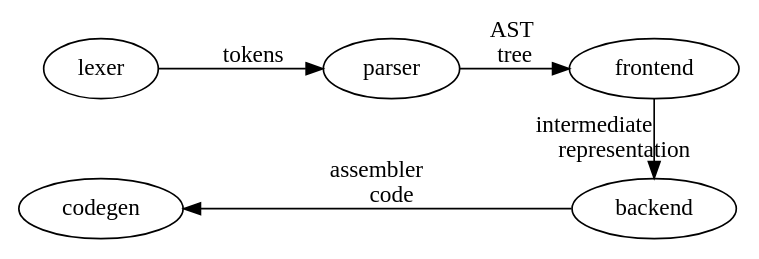
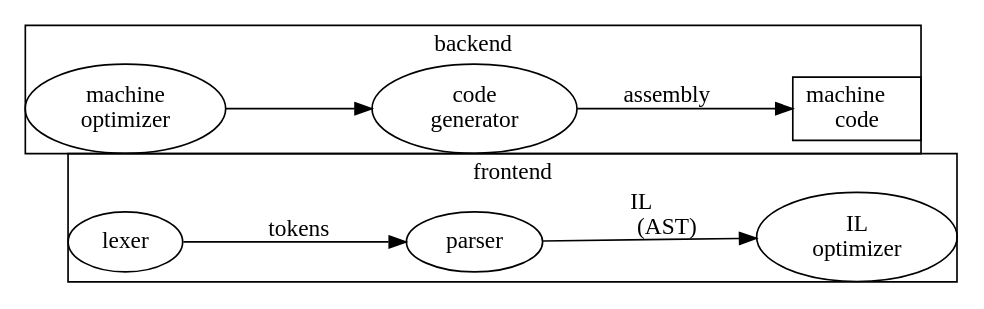
Before and after one commit to ponyatov/uc: the diagram in doc/compiler.dot, drawn with Graphviz. The commit also changed 3 other files, not shown here.

```diff
--- a/doc/compiler.dot
+++ b/doc/compiler.dot
@@ -1,9 +1,23 @@
-digraph {
+digraph compiler { 
+margin=0;
+pad=0;
+//nodesep=0;
 rankdir=LR;
-{rank=same lexer codegen}
-{rank=same frontend backend}
-lexer -> parser [label="tokens"];
-parser -> frontend [label="AST\ltree"];
-frontend -> backend [label="intermediate\lrepresentation"];
-backend -> codegen [label="assembler\lcode"];
+//compound=true;
+
+	subgraph cluster_frontend { label="frontend";
+	//rankdir=LR;
+		lexer -> parser [label=" tokens"];
+		parser -> ILopt [label=" IL\l (AST)"];
+		ILopt [label=" IL\noptimizer"];
+	}
+
+	subgraph cluster_backend { label="backend"; pad=1;
+	//rankdir=LR;
+		Mopt -> codegen;
+		Mopt [label="machine\noptimizer"];
+		{ codegen [label="code\ngenerator"] } ->asm [label=" assembly"];
+		asm [label ="machine\lcode",shape=box];
+	}
+
 }
```
